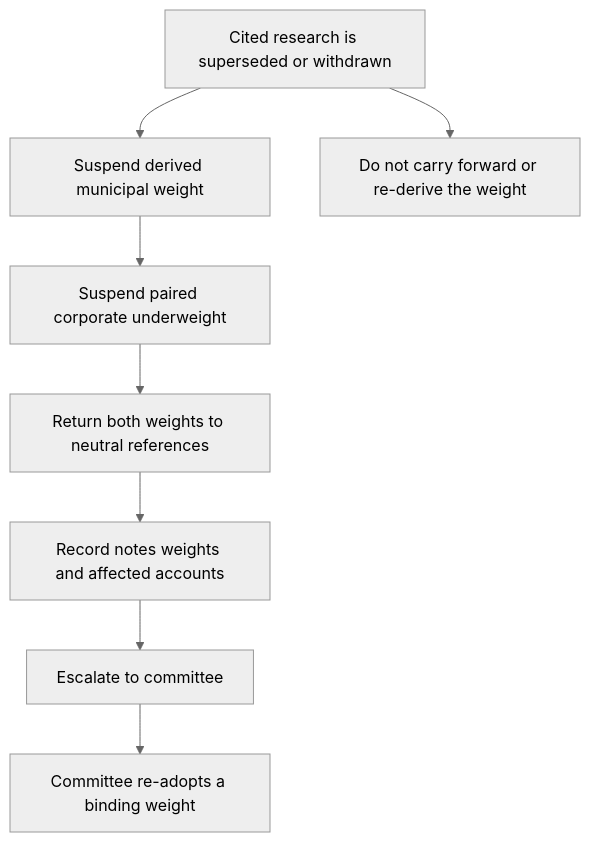
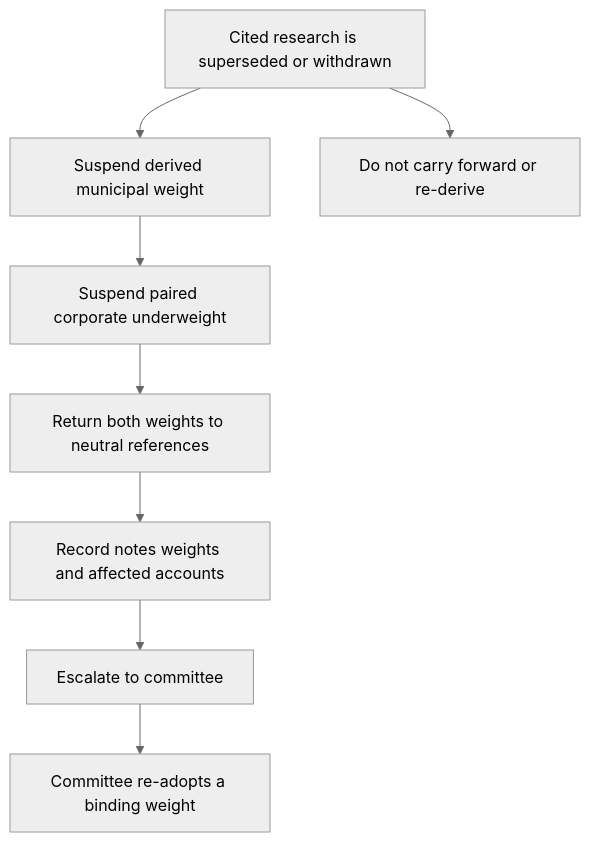
The diagram in openwiki/guidance/allocation/us-taxable-fixed-income.md (xuro-langchain/wealth-research-corpus), drawn with Mermaid (neutral theme) before and after one commit. The commit also changed other lines of this file and 27 other files, not shown here.

````diff
--- a/openwiki/guidance/allocation/us-taxable-fixed-income.md
+++ b/openwiki/guidance/allocation/us-taxable-fixed-income.md
@@ -51,10 +61,10 @@
 ```mermaid
 flowchart TD
     Detect["Cited research is superseded or withdrawn"] --> Suspend["Suspend derived municipal weight"]
     Suspend --> Pair["Suspend paired corporate underweight"]
     Pair --> Neutral["Return both weights to neutral references"]
     Neutral --> Package["Record notes weights and affected accounts"]
     Package --> Committee["Escalate to committee"]
     Committee --> Adopt["Committee re-adopts a binding weight"]
-    Detect --> NoDirect["Do not carry forward or re-derive the weight"]
+    Detect --> NoCarry["Do not carry forward or re-derive"]
 ```
````
